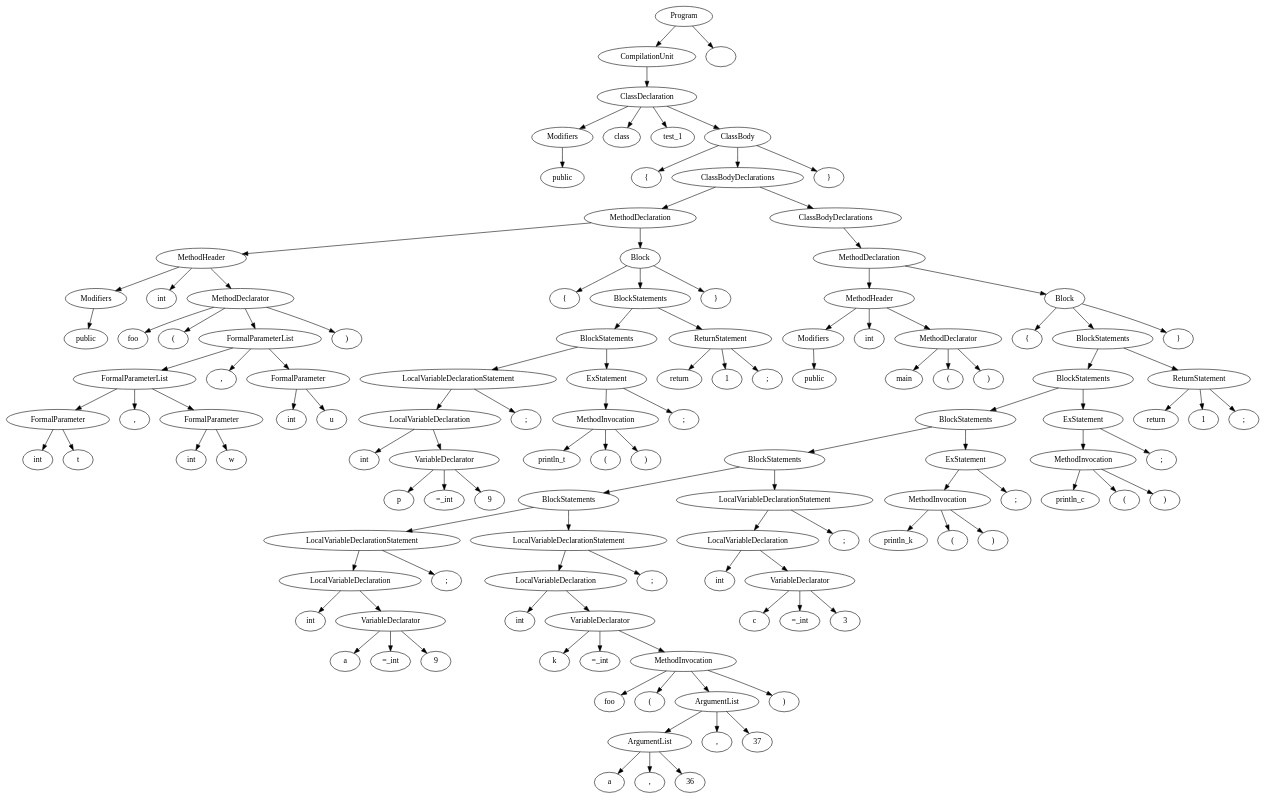
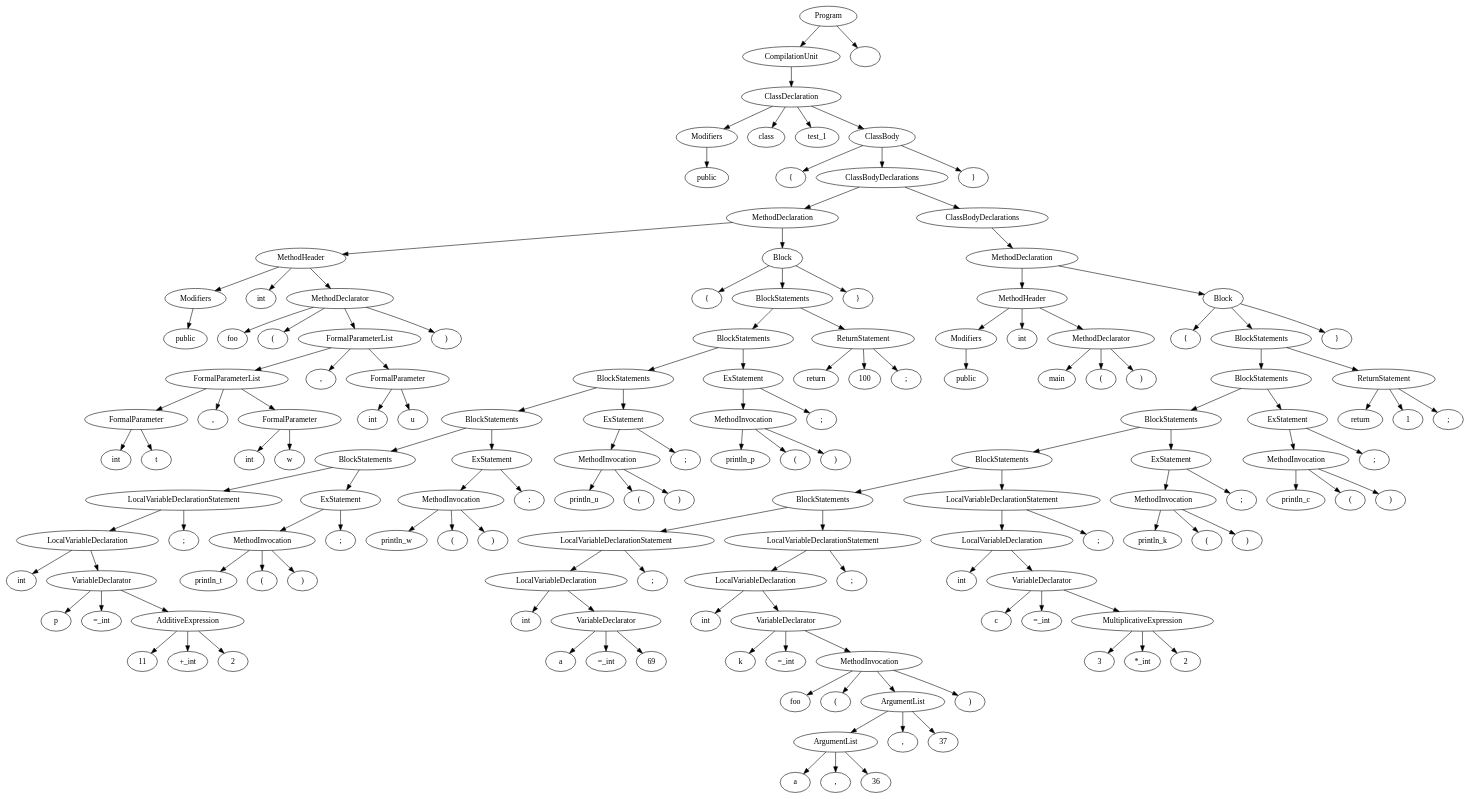
The diagram in cs335_project_200530/src/out.dot (sandeepb20/Milestone), drawn with Graphviz before and after one commit. The commit also changed 7 other files, not shown here.

```diff
--- a/cs335_project_200530/src/out.dot
+++ b/cs335_project_200530/src/out.dot
@@ -50,202 +50,256 @@
 n28 [label="int"]
 n29 [label="p"]
 n30 [label="=_int"]
-n31 [label="9"]
-n32 [label="VariableDeclarator"]
-n32->n31;
-n32->n30;
-n32->n29;
-n33 [label="LocalVariableDeclaration"]
-n33->n32;
-n33->n28;
-n34 [label=";"]
-n35 [label="LocalVariableDeclarationStatement"]
+n31 [label="11"]
+n32 [label="+_int"]
+n33 [label="2"]
+n34 [label="AdditiveExpression"]
+n34->n33;
+n34->n32;
+n34->n31;
+n35 [label="VariableDeclarator"]
 n35->n34;
-n35->n33;
-n36 [label="println_t"]
-n37 [label="("]
-n38 [label=")"]
-n39 [label="MethodInvocation"]
-n39->n38;
-n39->n37;
-n39->n36;
-n40 [label=";"]
-n41 [label="ExStatement"]
-n41->n40;
-n41->n39;
-n42 [label="BlockStatements"]
+n35->n30;
+n35->n29;
+n36 [label="LocalVariableDeclaration"]
+n36->n35;
+n36->n28;
+n37 [label=";"]
+n38 [label="LocalVariableDeclarationStatement"]
+n38->n37;
+n38->n36;
+n39 [label="println_t"]
+n40 [label="("]
+n41 [label=")"]
+n42 [label="MethodInvocation"]
 n42->n41;
-n42->n35;
-n43 [label="return"]
-n44 [label="1"]
-n45 [label=";"]
-n46 [label="ReturnStatement"]
-n46->n45;
-n46->n44;
-n46->n43;
-n47 [label="BlockStatements"]
-n47->n46;
-n47->n42;
-n48 [label="}"]
-n49 [label="Block"]
+n42->n40;
+n42->n39;
+n43 [label=";"]
+n44 [label="ExStatement"]
+n44->n43;
+n44->n42;
+n45 [label="BlockStatements"]
+n45->n44;
+n45->n38;
+n46 [label="println_w"]
+n47 [label="("]
+n48 [label=")"]
+n49 [label="MethodInvocation"]
 n49->n48;
 n49->n47;
-n49->n27;
-n50 [label="MethodDeclaration"]
-n50->n49;
-n50->n26;
-n51 [label="public"]
-n52 [label="Modifiers"]
+n49->n46;
+n50 [label=";"]
+n51 [label="ExStatement"]
+n51->n50;
+n51->n49;
+n52 [label="BlockStatements"]
 n52->n51;
-n53 [label="int"]
-n54 [label="main"]
-n55 [label="("]
-n56 [label=")"]
-n57 [label="MethodDeclarator"]
-n57->n56;
-n57->n55;
-n57->n54;
-n58 [label="MethodHeader"]
+n52->n45;
+n53 [label="println_u"]
+n54 [label="("]
+n55 [label=")"]
+n56 [label="MethodInvocation"]
+n56->n55;
+n56->n54;
+n56->n53;
+n57 [label=";"]
+n58 [label="ExStatement"]
 n58->n57;
-n58->n53;
-n58->n52;
-n59 [label="{"]
-n60 [label="int"]
-n61 [label="a"]
-n62 [label="=_int"]
-n63 [label="9"]
-n64 [label="VariableDeclarator"]
-n64->n63;
-n64->n62;
-n64->n61;
-n65 [label="LocalVariableDeclaration"]
+n58->n56;
+n59 [label="BlockStatements"]
+n59->n58;
+n59->n52;
+n60 [label="println_p"]
+n61 [label="("]
+n62 [label=")"]
+n63 [label="MethodInvocation"]
+n63->n62;
+n63->n61;
+n63->n60;
+n64 [label=";"]
+n65 [label="ExStatement"]
 n65->n64;
-n65->n60;
-n66 [label=";"]
-n67 [label="LocalVariableDeclarationStatement"]
-n67->n66;
-n67->n65;
-n68 [label="int"]
-n69 [label="k"]
-n70 [label="=_int"]
-n71 [label="foo"]
-n72 [label="("]
-n73 [label="a"]
-n74 [label=","]
-n75 [label="36"]
-n76 [label="ArgumentList"]
+n65->n63;
+n66 [label="BlockStatements"]
+n66->n65;
+n66->n59;
+n67 [label="return"]
+n68 [label="100"]
+n69 [label=";"]
+n70 [label="ReturnStatement"]
+n70->n69;
+n70->n68;
+n70->n67;
+n71 [label="BlockStatements"]
+n71->n70;
+n71->n66;
+n72 [label="}"]
+n73 [label="Block"]
+n73->n72;
+n73->n71;
+n73->n27;
+n74 [label="MethodDeclaration"]
+n74->n73;
+n74->n26;
+n75 [label="public"]
+n76 [label="Modifiers"]
 n76->n75;
-n76->n74;
-n76->n73;
-n77 [label=","]
-n78 [label="37"]
-n79 [label="ArgumentList"]
-n79->n78;
-n79->n77;
-n79->n76;
+n77 [label="int"]
+n78 [label="main"]
+n79 [label="("]
 n80 [label=")"]
-n81 [label="MethodInvocation"]
+n81 [label="MethodDeclarator"]
 n81->n80;
 n81->n79;
-n81->n72;
-n81->n71;
-n82 [label="VariableDeclarator"]
+n81->n78;
+n82 [label="MethodHeader"]
 n82->n81;
-n82->n70;
-n82->n69;
-n83 [label="LocalVariableDeclaration"]
-n83->n82;
-n83->n68;
-n84 [label=";"]
-n85 [label="LocalVariableDeclarationStatement"]
-n85->n84;
-n85->n83;
-n86 [label="BlockStatements"]
-n86->n85;
-n86->n67;
-n87 [label="int"]
-n88 [label="c"]
-n89 [label="=_int"]
-n90 [label="3"]
-n91 [label="VariableDeclarator"]
+n82->n77;
+n82->n76;
+n83 [label="{"]
+n84 [label="int"]
+n85 [label="a"]
+n86 [label="=_int"]
+n87 [label="69"]
+n88 [label="VariableDeclarator"]
+n88->n87;
+n88->n86;
+n88->n85;
+n89 [label="LocalVariableDeclaration"]
+n89->n88;
+n89->n84;
+n90 [label=";"]
+n91 [label="LocalVariableDeclarationStatement"]
 n91->n90;
 n91->n89;
-n91->n88;
-n92 [label="LocalVariableDeclaration"]
-n92->n91;
-n92->n87;
-n93 [label=";"]
-n94 [label="LocalVariableDeclarationStatement"]
-n94->n93;
-n94->n92;
-n95 [label="BlockStatements"]
-n95->n94;
-n95->n86;
-n96 [label="println_k"]
-n97 [label="("]
-n98 [label=")"]
-n99 [label="MethodInvocation"]
-n99->n98;
-n99->n97;
-n99->n96;
-n100 [label=";"]
-n101 [label="ExStatement"]
-n101->n100;
-n101->n99;
-n102 [label="BlockStatements"]
-n102->n101;
-n102->n95;
-n103 [label="println_c"]
-n104 [label="("]
-n105 [label=")"]
-n106 [label="MethodInvocation"]
+n92 [label="int"]
+n93 [label="k"]
+n94 [label="=_int"]
+n95 [label="foo"]
+n96 [label="("]
+n97 [label="a"]
+n98 [label=","]
+n99 [label="36"]
+n100 [label="ArgumentList"]
+n100->n99;
+n100->n98;
+n100->n97;
+n101 [label=","]
+n102 [label="37"]
+n103 [label="ArgumentList"]
+n103->n102;
+n103->n101;
+n103->n100;
+n104 [label=")"]
+n105 [label="MethodInvocation"]
+n105->n104;
+n105->n103;
+n105->n96;
+n105->n95;
+n106 [label="VariableDeclarator"]
 n106->n105;
-n106->n104;
-n106->n103;
-n107 [label=";"]
-n108 [label="ExStatement"]
-n108->n107;
-n108->n106;
-n109 [label="BlockStatements"]
+n106->n94;
+n106->n93;
+n107 [label="LocalVariableDeclaration"]
+n107->n106;
+n107->n92;
+n108 [label=";"]
+n109 [label="LocalVariableDeclarationStatement"]
 n109->n108;
-n109->n102;
-n110 [label="return"]
-n111 [label="1"]
-n112 [label=";"]
-n113 [label="ReturnStatement"]
-n113->n112;
-n113->n111;
-n113->n110;
-n114 [label="BlockStatements"]
-n114->n113;
-n114->n109;
-n115 [label="}"]
-n116 [label="Block"]
-n116->n115;
-n116->n114;
-n116->n59;
-n117 [label="MethodDeclaration"]
+n109->n107;
+n110 [label="BlockStatements"]
+n110->n109;
+n110->n91;
+n111 [label="int"]
+n112 [label="c"]
+n113 [label="=_int"]
+n114 [label="3"]
+n115 [label="*_int"]
+n116 [label="2"]
+n117 [label="MultiplicativeExpression"]
 n117->n116;
-n117->n58;
-n118 [label="ClassBodyDeclarations"]
+n117->n115;
+n117->n114;
+n118 [label="VariableDeclarator"]
 n118->n117;
-n119 [label="ClassBodyDeclarations"]
+n118->n113;
+n118->n112;
+n119 [label="LocalVariableDeclaration"]
 n119->n118;
-n119->n50;
-n120 [label="}"]
-n121 [label="ClassBody"]
+n119->n111;
+n120 [label=";"]
+n121 [label="LocalVariableDeclarationStatement"]
 n121->n120;
 n121->n119;
-n121->n5;
-n122 [label="ClassDeclaration"]
+n122 [label="BlockStatements"]
 n122->n121;
-n122->n4;
-n122->n3;
-n122->n2;
-n123 [label="CompilationUnit"]
-n123->n122;
-n124 [label="Program"]
-n124->n125;
-n124->n123;
-n125 [label=""]
+n122->n110;
+n123 [label="println_k"]
+n124 [label="("]
+n125 [label=")"]
+n126 [label="MethodInvocation"]
+n126->n125;
+n126->n124;
+n126->n123;
+n127 [label=";"]
+n128 [label="ExStatement"]
+n128->n127;
+n128->n126;
+n129 [label="BlockStatements"]
+n129->n128;
+n129->n122;
+n130 [label="println_c"]
+n131 [label="("]
+n132 [label=")"]
+n133 [label="MethodInvocation"]
+n133->n132;
+n133->n131;
+n133->n130;
+n134 [label=";"]
+n135 [label="ExStatement"]
+n135->n134;
+n135->n133;
+n136 [label="BlockStatements"]
+n136->n135;
+n136->n129;
+n137 [label="return"]
+n138 [label="1"]
+n139 [label=";"]
+n140 [label="ReturnStatement"]
+n140->n139;
+n140->n138;
+n140->n137;
+n141 [label="BlockStatements"]
+n141->n140;
+n141->n136;
+n142 [label="}"]
+n143 [label="Block"]
+n143->n142;
+n143->n141;
+n143->n83;
+n144 [label="MethodDeclaration"]
+n144->n143;
+n144->n82;
+n145 [label="ClassBodyDeclarations"]
+n145->n144;
+n146 [label="ClassBodyDeclarations"]
+n146->n145;
+n146->n74;
+n147 [label="}"]
+n148 [label="ClassBody"]
+n148->n147;
+n148->n146;
+n148->n5;
+n149 [label="ClassDeclaration"]
+n149->n148;
+n149->n4;
+n149->n3;
+n149->n2;
+n150 [label="CompilationUnit"]
+n150->n149;
+n151 [label="Program"]
+n151->n152;
+n151->n150;
+n152 [label=""]
 }
```
